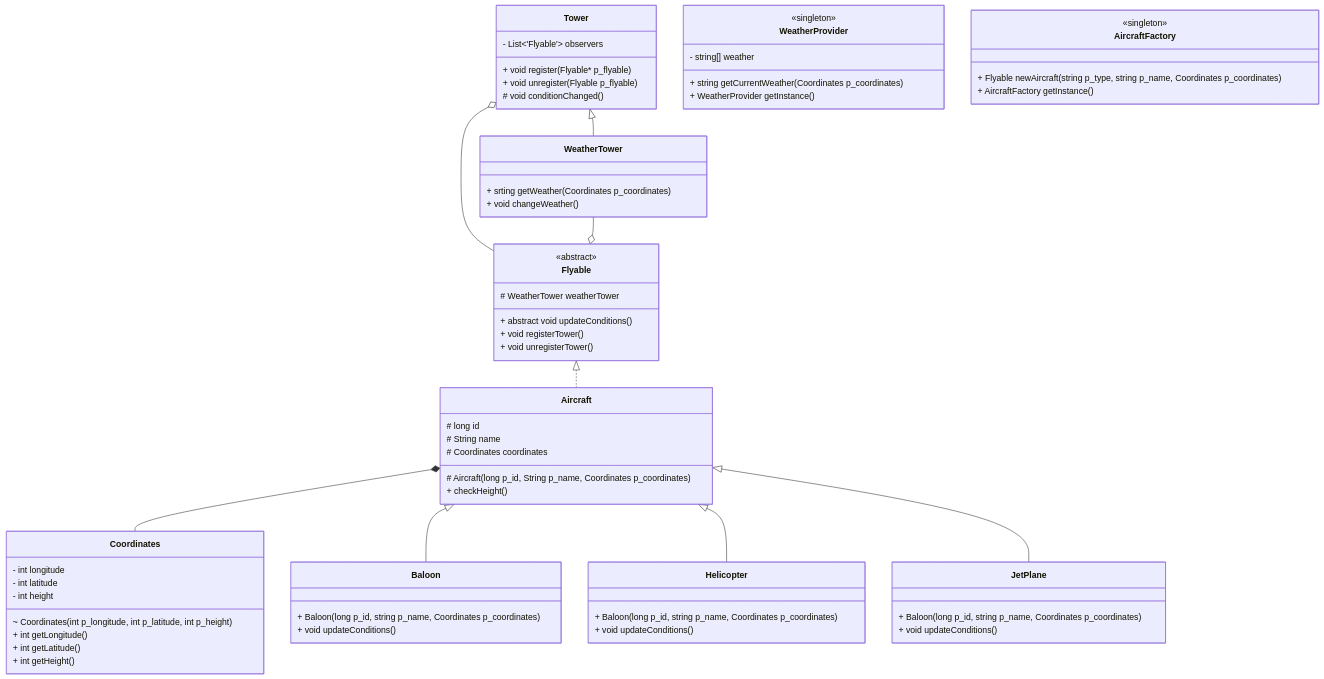
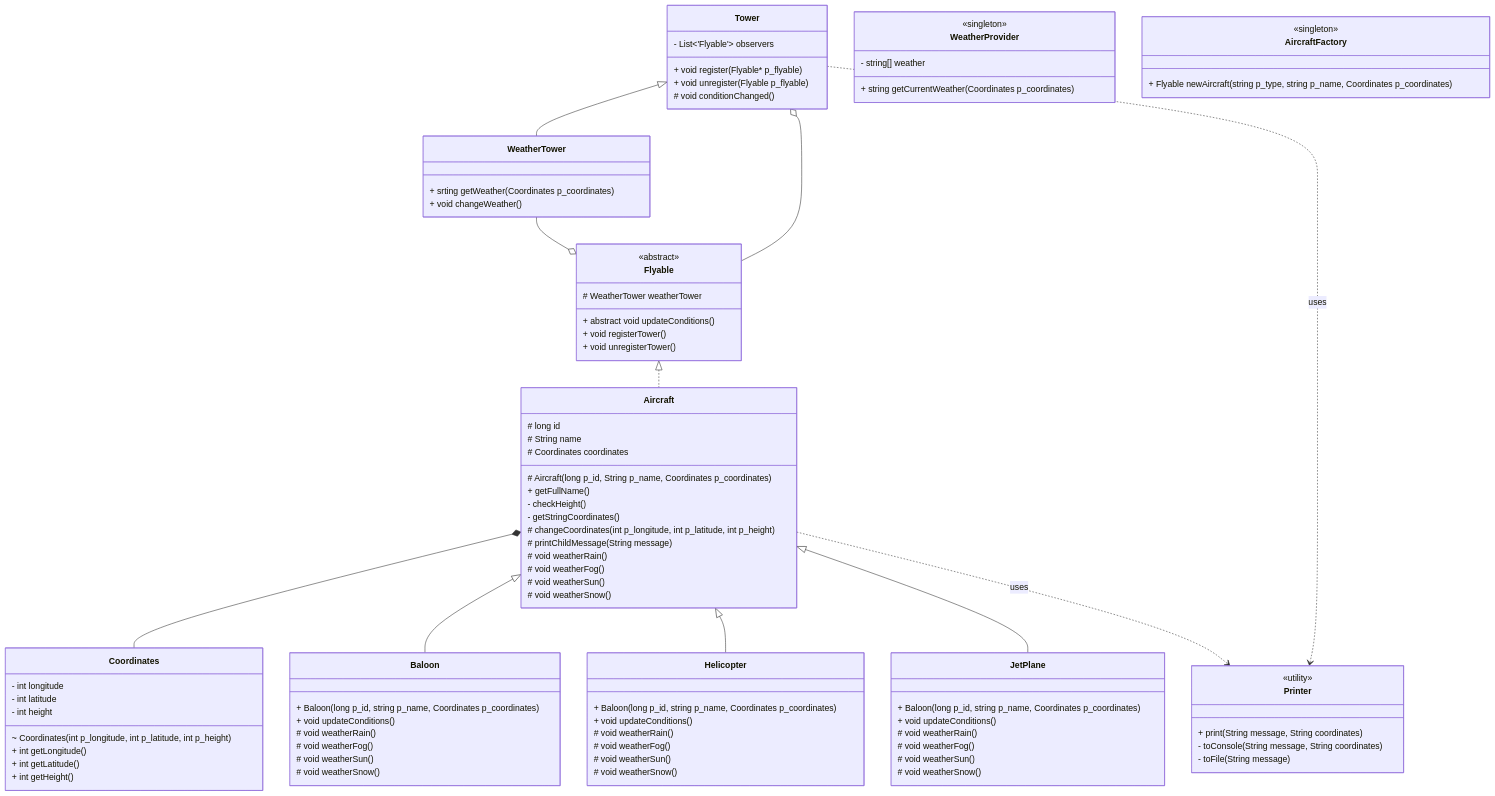
One commit to isilva-t/42.avaj-launcher changed the diagram in project/doc/develop.mermaid. Above: the diagram before and after it, drawn with Mermaid. The commit also changed 1 other file, not shown here.

Commit message:
feat: pass responsibility of String coordinates to Coordinates itself
refactor: realized that don't need getStringCoordinates() on Aircraft

```diff
--- a/project/doc/develop.mermaid
+++ b/project/doc/develop.mermaid
@@ -1,81 +1,111 @@
 
 classDiagram
 
     class Tower {    
         - List<'Flyable'> observers
 
         + void register(Flyable* p_flyable)
         + void unregister(Flyable p_flyable)
         # void conditionChanged()
     }
 
     class Flyable {
         <<abstract>>
         # WeatherTower weatherTower
         + abstract void updateConditions()
         + void registerTower()
         + void unregisterTower()
     }
 
     
     class Aircraft {
         # long id
         # String name
         # Coordinates coordinates
 
         # Aircraft(long p_id, String p_name, Coordinates p_coordinates)
-        + checkHeight()
+        + getFullName()
+        - checkHeight()
+        - getStringCoordinates()
+        
+        # changeCoordinates(int p_longitude, int p_latitude, int p_height)
+        # printChildMessage(String message)
+
+        # void weatherRain()
+        # void weatherFog()
+        # void weatherSun()
+        # void weatherSnow()
     }
 
     class Coordinates {
         - int longitude
         - int latitude
         - int height
 
         ~ Coordinates(int p_longitude, int p_latitude, int p_height)
 
         + int getLongitude()
         + int getLatitude()
         + int getHeight()
     }
 
     class WeatherProvider {
         <<singleton>>
         - string[] weather
         + string getCurrentWeather(Coordinates p_coordinates)
-        + WeatherProvider getInstance()
     }
 
     class WeatherTower {
         + srting getWeather(Coordinates p_coordinates)
         + void changeWeather()
     }
 
     class Baloon {
         + Baloon(long p_id, string p_name, Coordinates p_coordinates)
         + void updateConditions()
+        # void weatherRain()
+        # void weatherFog()
+        # void weatherSun()
+        # void weatherSnow()    
     }
     class Helicopter {
         + Baloon(long p_id, string p_name, Coordinates p_coordinates)
         + void updateConditions()
+        # void weatherRain()
+        # void weatherFog()
+        # void weatherSun()
+        # void weatherSnow()    
     }
     class JetPlane {
         + Baloon(long p_id, string p_name, Coordinates p_coordinates)
         + void updateConditions()
+        # void weatherRain()
+        # void weatherFog()
+        # void weatherSun()
+        # void weatherSnow()    
     }
 
     class AircraftFactory {
         <<singleton>>
         + Flyable newAircraft(string p_type, string p_name, Coordinates p_coordinates)
-        + AircraftFactory getInstance()
+    }
+
+    class Printer {
+        <<utility>>
+        + print(String message, String coordinates)
+        - toConsole(String message, String coordinates)
+        - toFile(String message)
     }
 
     Flyable <|.. Aircraft
     Tower <|-- WeatherTower
     Tower o-- Flyable
     WeatherTower --o Flyable
     Aircraft *-- Coordinates
 
     Aircraft <|-- Baloon 
     Aircraft <|-- Helicopter 
     Aircraft <|-- JetPlane
+
+    Tower ..> Printer : uses
+    Aircraft ..> Printer : uses
```
